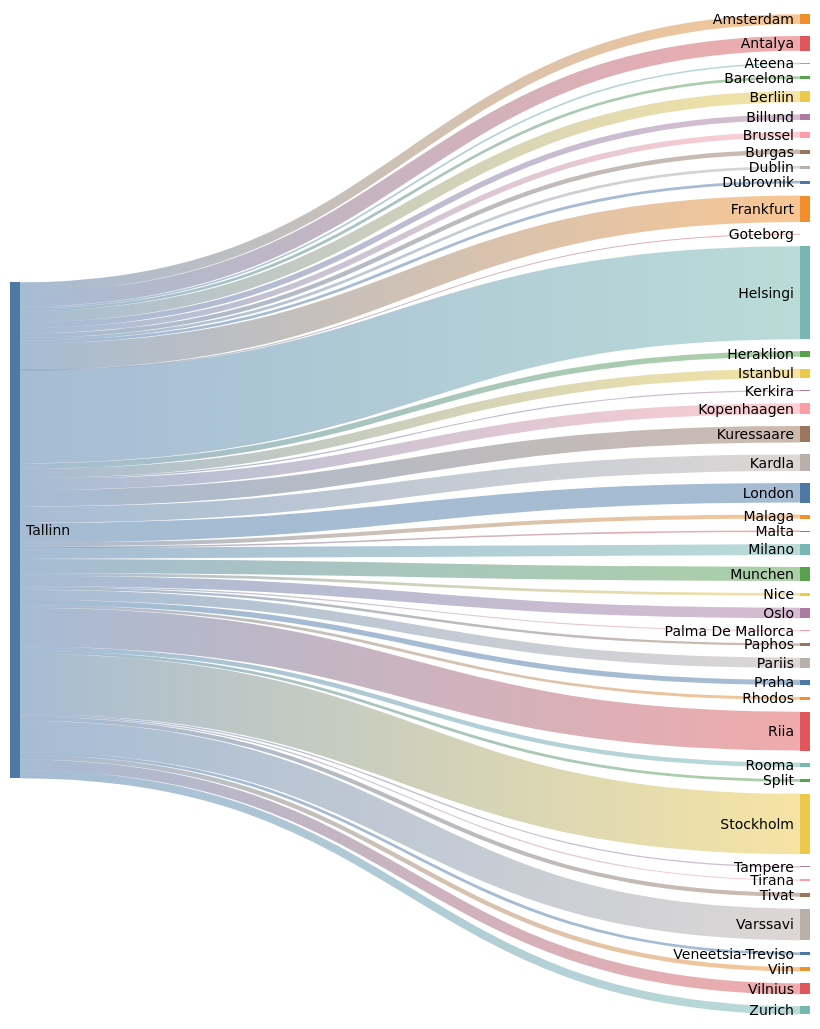
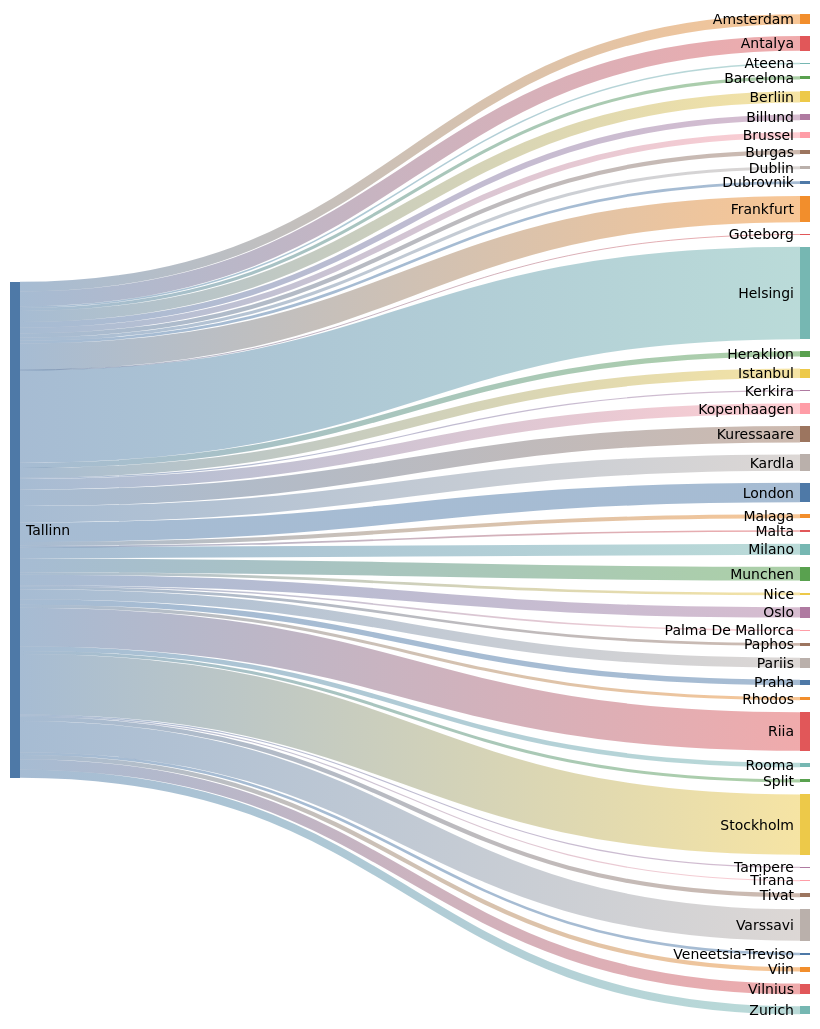
One commit to rainermesi/tll-airport-departures changed the second of 2 diagrams in README.md. Above: the diagram before and after it, drawn with Mermaid (forest theme). The commit also changed other lines of this file, not shown here.

````diff
--- a/README.md
+++ b/README.md
@@ -34,56 +34,56 @@
 ```mermaid
 ---
 config:
   sankey:
     showValues: false
     width: 800
     height: 1000
 ---
 sankey-beta
 %% source,target,value
-Tallinn,Amsterdam,24
-Tallinn,Antalya,37
+Tallinn,Amsterdam,25
+Tallinn,Antalya,39
 Tallinn,Ateena,4
-Tallinn,Barcelona,7
-Tallinn,Berliin,28
-Tallinn,Billund,14
-Tallinn,Brussel,14
+Tallinn,Barcelona,8
+Tallinn,Berliin,29
+Tallinn,Billund,15
+Tallinn,Brussel,15
 Tallinn,Burgas,11
-Tallinn,Dublin,7
+Tallinn,Dublin,8
 Tallinn,Dubrovnik,7
-Tallinn,Frankfurt,66
+Tallinn,Frankfurt,69
 Tallinn,Goteborg,1
-Tallinn,Helsingi,232
+Tallinn,Helsingi,242
 Tallinn,Heraklion,14
-Tallinn,Istanbul,23
+Tallinn,Istanbul,25
 Tallinn,Kerkira,3
-Tallinn,Kopenhaagen,27
-Tallinn,Kuressaare,41
-Tallinn,Kardla,41
-Tallinn,London,49
+Tallinn,Kopenhaagen,28
+Tallinn,Kuressaare,43
+Tallinn,Kardla,43
+Tallinn,London,51
 Tallinn,Malaga,10
 Tallinn,Malta,4
-Tallinn,Milano,27
-Tallinn,Munchen,35
+Tallinn,Milano,29
+Tallinn,Munchen,36
 Tallinn,Nice,7
-Tallinn,Oslo,26
-Tallinn,Palma De Mallorca,3
-Tallinn,Paphos,6
-Tallinn,Pariis,25
-Tallinn,Praha,13
-Tallinn,Rhodos,7
-Tallinn,Riia,97
-Tallinn,Rooma,11
-Tallinn,Split,7
-Tallinn,Stockholm,151
+Tallinn,Oslo,27
+Tallinn,Palma De Mallorca,4
+Tallinn,Paphos,7
+Tallinn,Pariis,26
+Tallinn,Praha,14
+Tallinn,Rhodos,8
+Tallinn,Riia,101
+Tallinn,Rooma,12
+Tallinn,Split,8
+Tallinn,Stockholm,158
 Tallinn,Tampere,3
 Tallinn,Tirana,3
-Tallinn,Tivat,10
-Tallinn,Varssavi,79
+Tallinn,Tivat,11
+Tallinn,Varssavi,82
 Tallinn,Veneetsia-Treviso,7
 Tallinn,Viin,11
-Tallinn,Vilnius,27
-Tallinn,Zurich,20
+Tallinn,Vilnius,28
+Tallinn,Zurich,21
 
 
 ```
````
